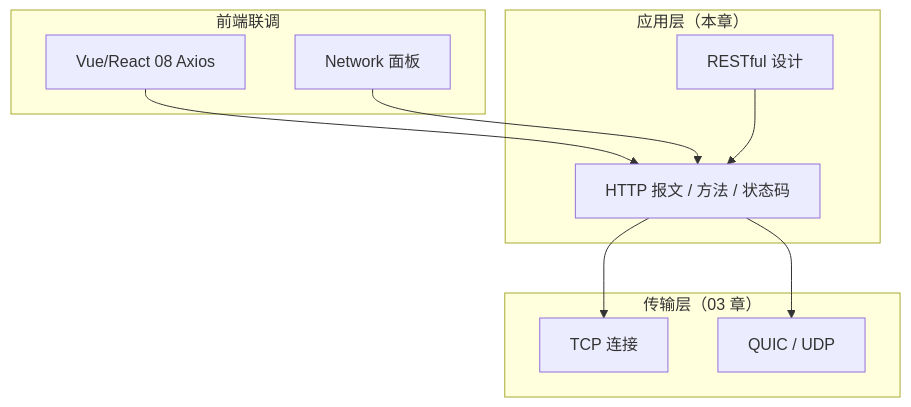
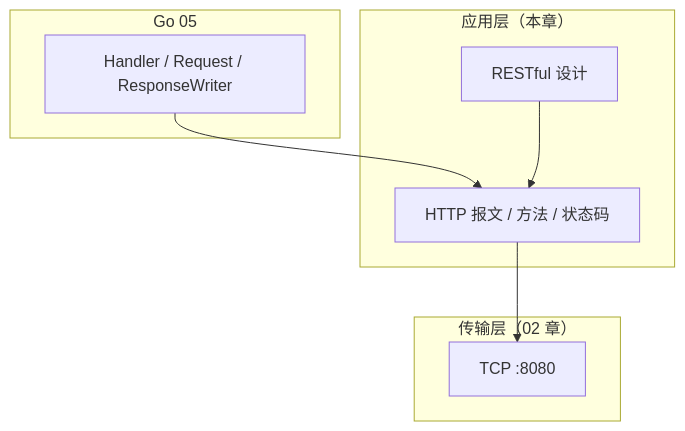
The first of 4 diagrams in 前端学习/计算机网络/04-HTTP协议深入.md (moqix26/study), drawn with Mermaid before and after one commit. The commit also changed other lines of this file and 10 other files, not shown here.

````diff
--- a/前端学习/计算机网络/04-HTTP协议深入.md
+++ b/前端学习/计算机网络/04-HTTP协议深入.md
@@ -83,20 +86,16 @@
 ```mermaid
 flowchart TB
     subgraph 应用层["应用层（本章）"]
         HTTP[HTTP 报文 / 方法 / 状态码]
         REST[RESTful 设计]
     end
-    subgraph 传输层["传输层（03 章）"]
-        TCP[TCP 连接]
-        QUIC[QUIC / UDP]
+    subgraph 传输层["传输层（02 章）"]
+        TCP[TCP :8080]
     end
-    subgraph 前端["前端联调"]
-        Axios[Vue/React 08 Axios]
-        DevTools[Network 面板]
+    subgraph Go["Go 05"]
+        H[Handler / Request / ResponseWriter]
     end
     HTTP --> TCP
-    HTTP --> QUIC
-    Axios --> HTTP
-    DevTools --> HTTP
+    H --> HTTP
     REST --> HTTP
 ```
````
